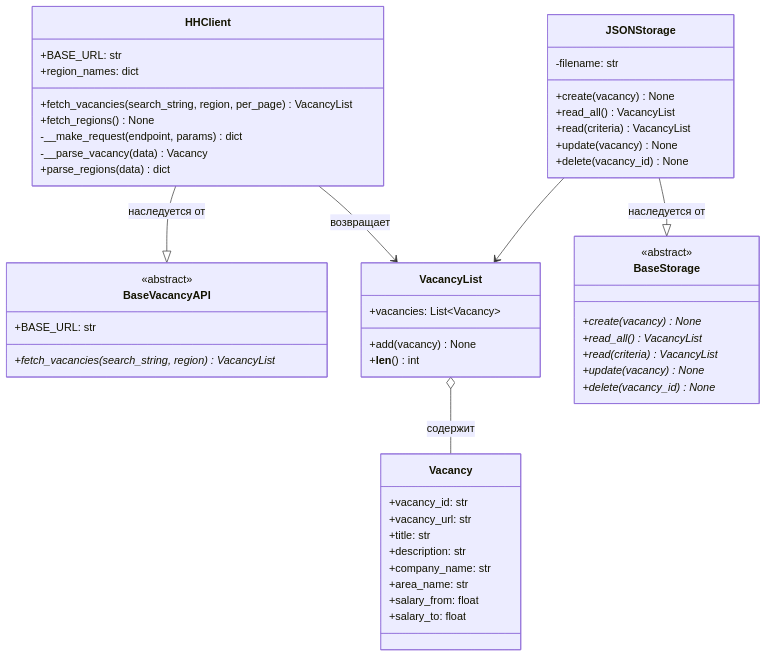
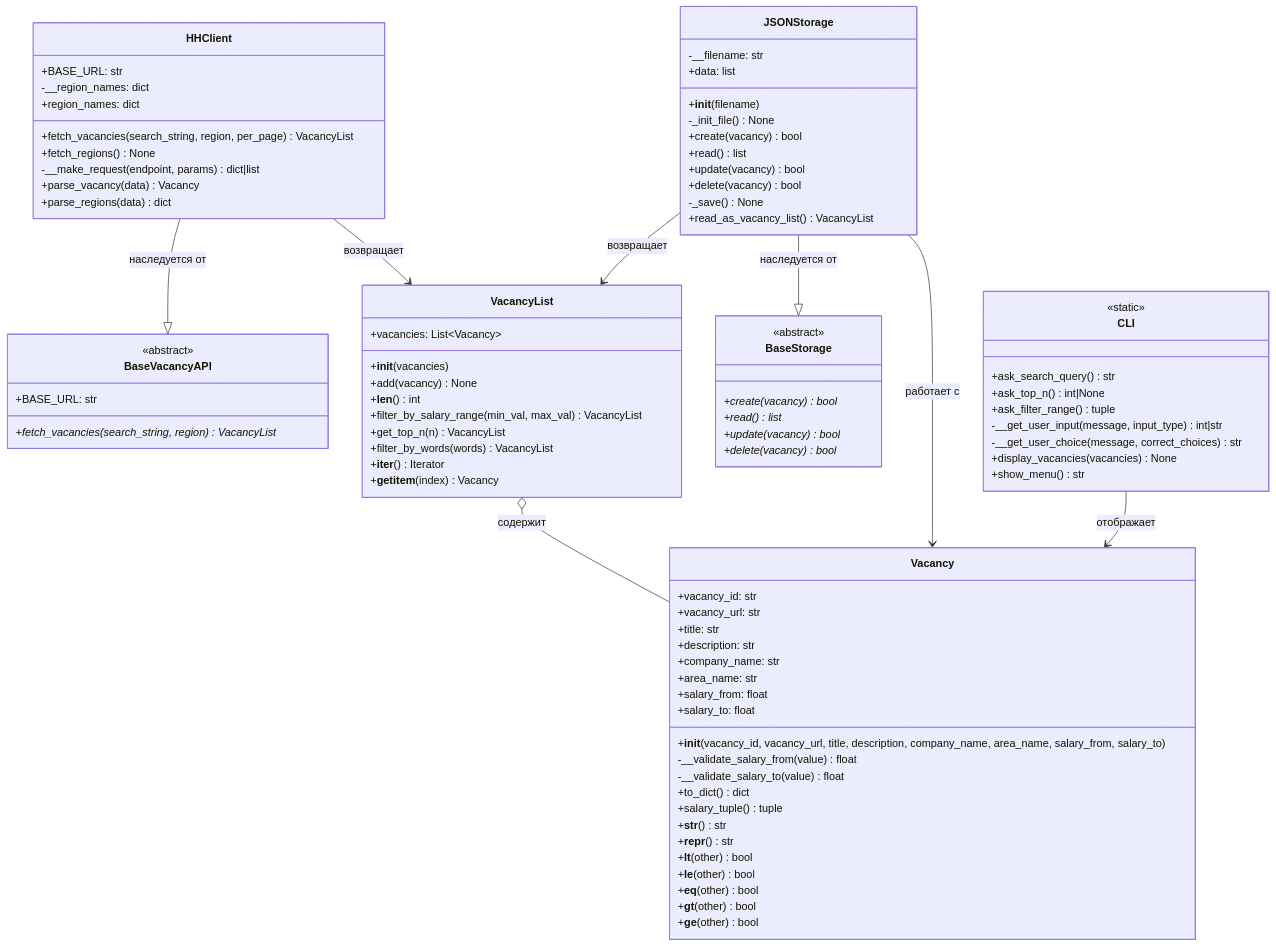
Before and after one commit to dagniden/HHParser: the diagram in README.md, drawn with Mermaid. The commit also changed other lines of this file and 6 other files, not shown here.

````diff
--- a/README.md
+++ b/README.md
@@ -53,11 +53,12 @@
 
     class HHClient {
         +BASE_URL: str
+        -__region_names: dict
         +region_names: dict
         +fetch_vacancies(search_string, region, per_page) VacancyList
         +fetch_regions() None
-        -__make_request(endpoint, params) dict
-        -__parse_vacancy(data) Vacancy
+        -__make_request(endpoint, params) dict|list
+        +parse_vacancy(data) Vacancy
         +parse_regions(data) dict
     }
 
@@ -70,35 +71,69 @@
         +area_name: str
         +salary_from: float
         +salary_to: float
+        +__init__(vacancy_id, vacancy_url, title, description, company_name, area_name, salary_from, salary_to)
+        -__validate_salary_from(value) float
+        -__validate_salary_to(value) float
+        +to_dict() dict
+        +salary_tuple() tuple
+        +__str__() str
+        +__repr__() str
+        +__lt__(other) bool
+        +__le__(other) bool
+        +__eq__(other) bool
+        +__gt__(other) bool
+        +__ge__(other) bool
     }
 
     class VacancyList {
         +vacancies: List~Vacancy~
+        +__init__(vacancies)
         +add(vacancy) None
         +__len__() int
+        +filter_by_salary_range(min_val, max_val) VacancyList
+        +get_top_n(n) VacancyList
+        +filter_by_words(words) VacancyList
+        +__iter__() Iterator
+        +__getitem__(index) Vacancy
     }
 
     class BaseStorage {
         <<abstract>>
-        +create(vacancy)* None
-        +read_all()* VacancyList
-        +read(criteria)* VacancyList
-        +update(vacancy)* None
-        +delete(vacancy_id)* None
+        +create(vacancy)* bool
+        +read()* list
+        +update(vacancy)* bool
+        +delete(vacancy)* bool
     }
 
     class JSONStorage {
-        -filename: str
-        +create(vacancy) None
-        +read_all() VacancyList
-        +read(criteria) VacancyList
-        +update(vacancy) None
-        +delete(vacancy_id) None
+        -__filename: str
+        +data: list
+        +__init__(filename)
+        -_init_file() None
+        +create(vacancy) bool
+        +read() list
+        +update(vacancy) bool
+        +delete(vacancy) bool
+        -_save() None
+        +read_as_vacancy_list() VacancyList
+    }
+
+    class CLI {
+        <<static>>
+        +ask_search_query() str
+        +ask_top_n() int|None
+        +ask_filter_range() tuple
+        -__get_user_input(message, input_type) int|str
+        -__get_user_choice(message, correct_choices) str
+        +display_vacancies(vacancies) None
+        +show_menu() str
     }
 
     HHClient --|> BaseVacancyAPI: наследуется от
     HHClient --> VacancyList: возвращает
     VacancyList o-- Vacancy: содержит
     JSONStorage --|> BaseStorage: наследуется от
-    JSONStorage --> VacancyList
+    JSONStorage --> VacancyList: возвращает
+    JSONStorage --> Vacancy: работает с
+    CLI --> Vacancy: отображает
 ```
````
